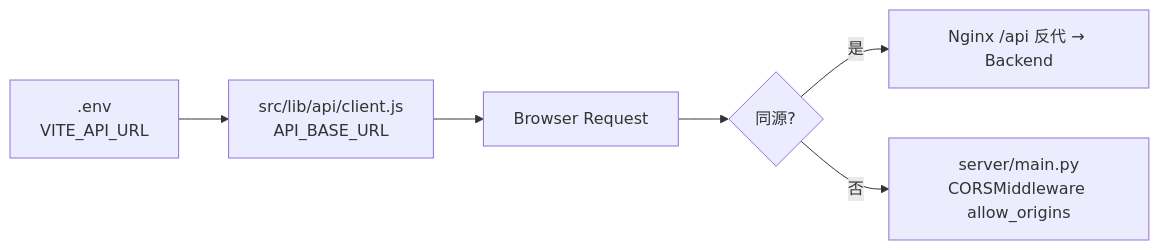
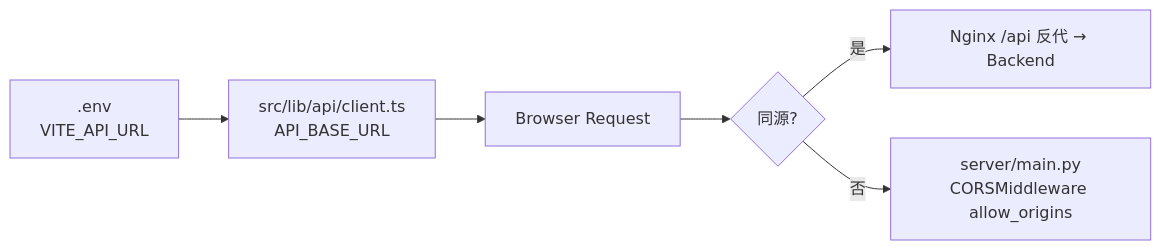
One commit to Shawn-csy/write_project changed diagram 13 of 15 in docs/product/data-flows.md. Above: the diagram before and after it, drawn with Mermaid. The commit also changed other lines of this file and 34 other files, not shown here.

````diff
--- a/docs/product/data-flows.md
+++ b/docs/product/data-flows.md
@@ -226,8 +226,8 @@
 ```mermaid
 flowchart LR
-  A[.env\nVITE_API_URL] --> B[src/lib/api/client.js\nAPI_BASE_URL]
+  A[.env\nVITE_API_URL] --> B[src/lib/api/client.ts\nAPI_BASE_URL]
   B --> C[Browser Request]
   C --> D{同源?}
   D -->|是| E[Nginx /api 反代 → Backend]
   D -->|否| F[server/main.py\nCORSMiddleware allow_origins]
 ```
````
